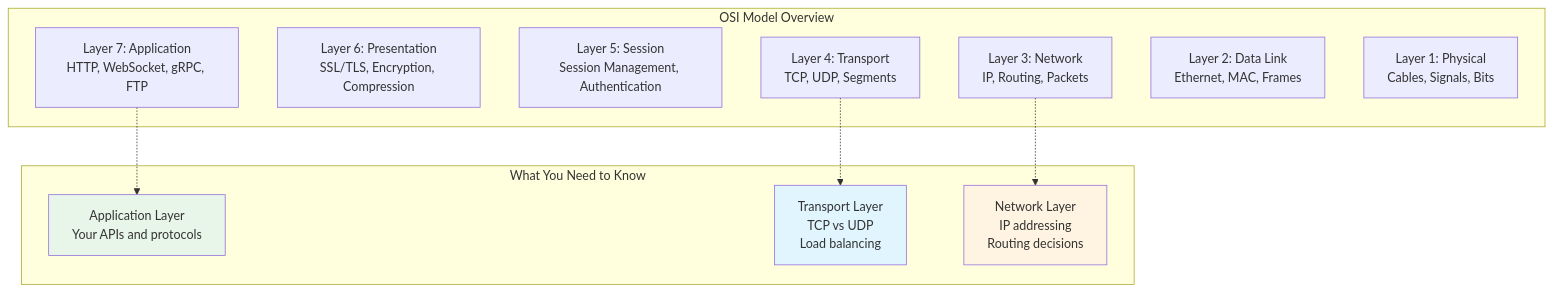
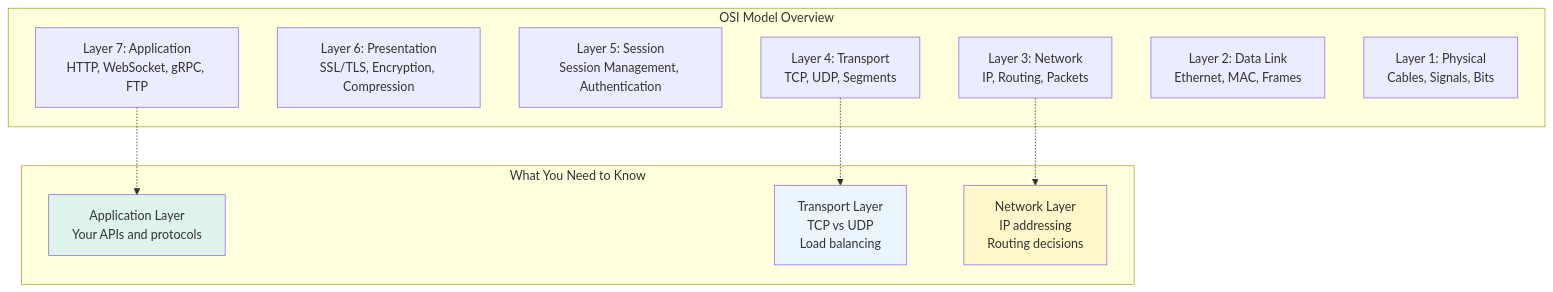
Diagram 12 of 31 in LLD/CoreConcepts/Networking.md (cartmancodes/InterviewVault), drawn with Mermaid before and after one commit. The commit also changed other lines of this file and 679 other files, not shown here.

Commit message:
Unify content diagrams and add accessible visual walkthroughs

````diff
--- a/LLD/CoreConcepts/Networking.md
+++ b/LLD/CoreConcepts/Networking.md
@@ -446,26 +446,26 @@
 ```mermaid
 graph TB
     subgraph "OSI Model Overview"
         L7_OSI[Layer 7: Application<br/>HTTP, WebSocket, gRPC, FTP]
         L6_OSI[Layer 6: Presentation<br/>SSL/TLS, Encryption, Compression]
         L5_OSI[Layer 5: Session<br/>Session Management, Authentication]
         L4_OSI[Layer 4: Transport<br/>TCP, UDP, Segments]
         L3_OSI[Layer 3: Network<br/>IP, Routing, Packets]
         L2_OSI[Layer 2: Data Link<br/>Ethernet, MAC, Frames]
         L1_OSI[Layer 1: Physical<br/>Cables, Signals, Bits]
     end
     
     subgraph "What You Need to Know"
         APP[Application Layer<br/>Your APIs and protocols]
         TRANS[Transport Layer<br/>TCP vs UDP<br/>Load balancing]
         NET[Network Layer<br/>IP addressing<br/>Routing decisions]
     end
     
     L7_OSI -.-> APP
     L4_OSI -.-> TRANS
     L3_OSI -.-> NET
     
-    style APP fill:#e8f5e9
-    style TRANS fill:#e1f5ff
-    style NET fill:#fff4e1
+    style APP fill:#DDF3EC
+    style TRANS fill:#EAF5FD
+    style NET fill:#FFF6C9
 ```
````
